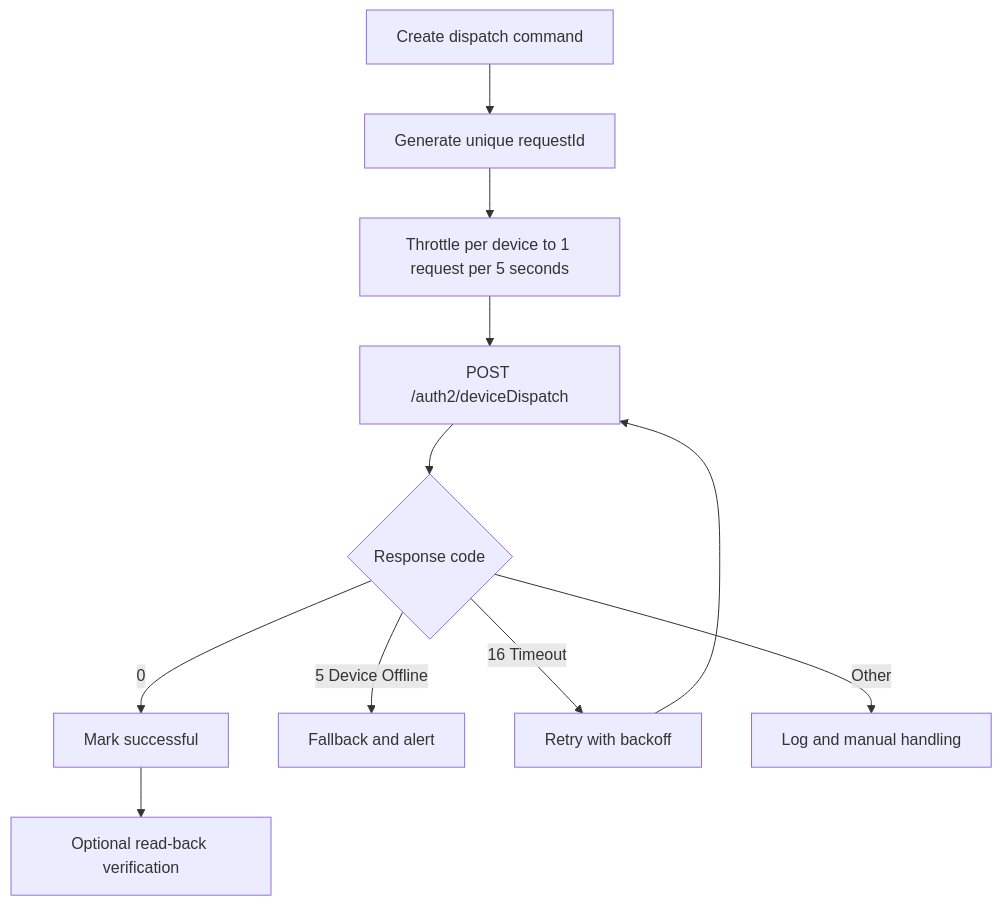
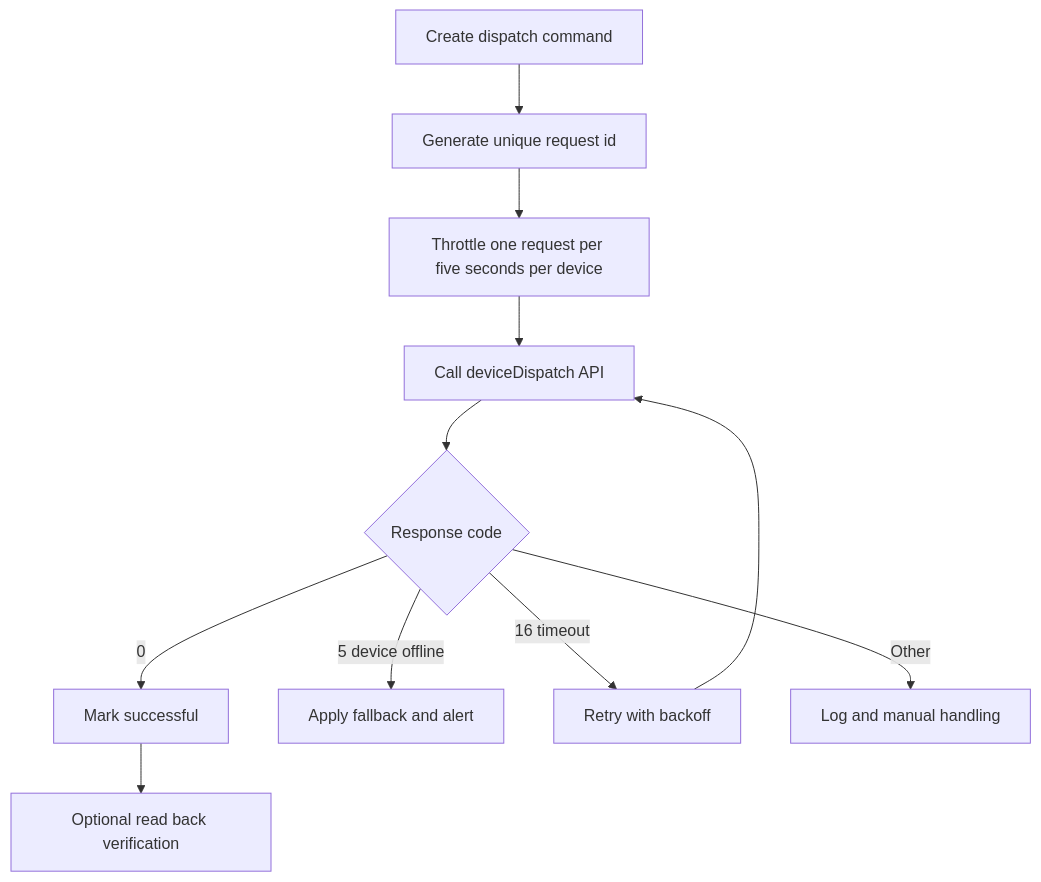
Before and after one commit to EugeneJian/growatt-unified-api: the diagram in Growatt API/OPENAPI/05_api_device_dispatch.md, drawn with Mermaid. The commit also changed 12 other files, not shown here.

First line of the commit message:
[docs]已按你给的 Mermaid代码的终极准则 4.1 对仓库内 全部 Mermaid 做了加固。

````diff
--- a/Growatt API/OPENAPI/05_api_device_dispatch.md
+++ b/Growatt API/OPENAPI/05_api_device_dispatch.md
@@ -17,13 +17,14 @@
 ```mermaid
+%% 本代码严格遵循AI生成Mermaid代码的终极准则v4.1（Mermaid终极大师）
 flowchart TD
-    A[Create dispatch command] --> B[Generate unique requestId]
-    B --> C[Throttle per device to 1 request per 5 seconds]
-    C --> D[POST /auth2/deviceDispatch]
-    D --> E{Response code}
-    E -->|0| F[Mark successful]
-    E -->|5 Device Offline| G[Fallback and alert]
-    E -->|16 Timeout| H[Retry with backoff]
-    E -->|Other| I[Log and manual handling]
-    F --> J[Optional read-back verification]
+    A["Create dispatch command"] --> B["Generate unique request id"]
+    B --> C["Throttle one request per five seconds per device"]
+    C --> D["Call deviceDispatch API"]
+    D --> E{"Response code"}
+    E -->|"0"| F["Mark successful"]
+    E -->|"5 device offline"| G["Apply fallback and alert"]
+    E -->|"16 timeout"| H["Retry with backoff"]
+    E -->|"Other"| I["Log and manual handling"]
+    F --> J["Optional read back verification"]
     H --> D
 ```
````
